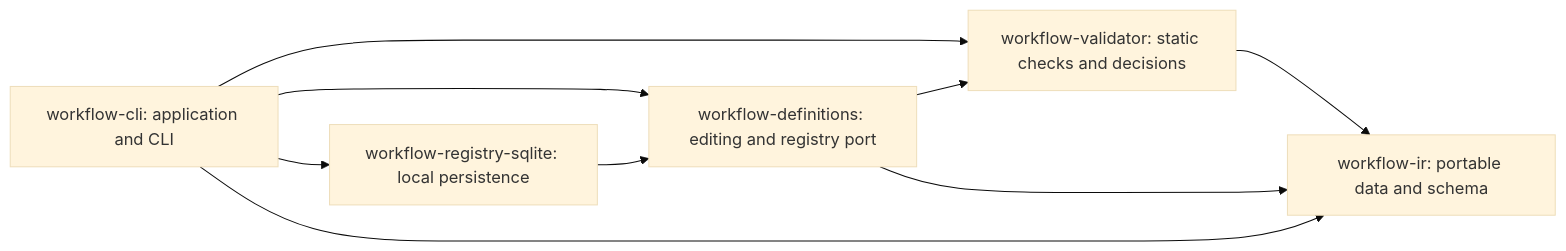
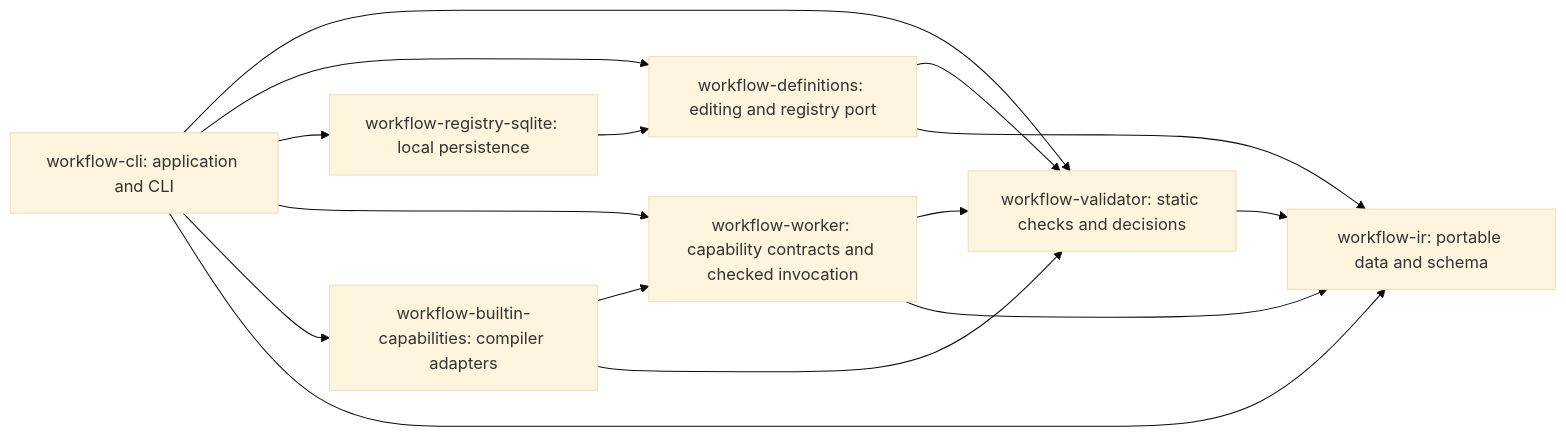
Before and after one commit to coolplayagent/workflow-cli: the diagram in docs/roadmap.md, drawn with Mermaid (base theme). The commit also changed other lines of this file and 37 other files, not shown here.

Commit message:
feat(worker): checked capability invocation and protocol v1 (#20)

````diff
--- a/docs/roadmap.md
+++ b/docs/roadmap.md
@@ -8,11 +8,17 @@
 ```mermaid
 flowchart LR
     CLI[workflow-cli: application and CLI] --> V[workflow-validator: static checks and decisions]
     CLI --> D[workflow-definitions: editing and registry port]
     CLI --> S[workflow-registry-sqlite: local persistence]
+    CLI --> W[workflow-worker: capability contracts and checked invocation]
+    CLI --> B[workflow-builtin-capabilities: compiler adapters]
+    B --> W
+    B --> V
+    W --> V
+    W --> IR
     S --> D
     D --> V
     D --> IR[workflow-ir: portable data and schema]
     CLI --> IR
     V --> IR
 ```
````
